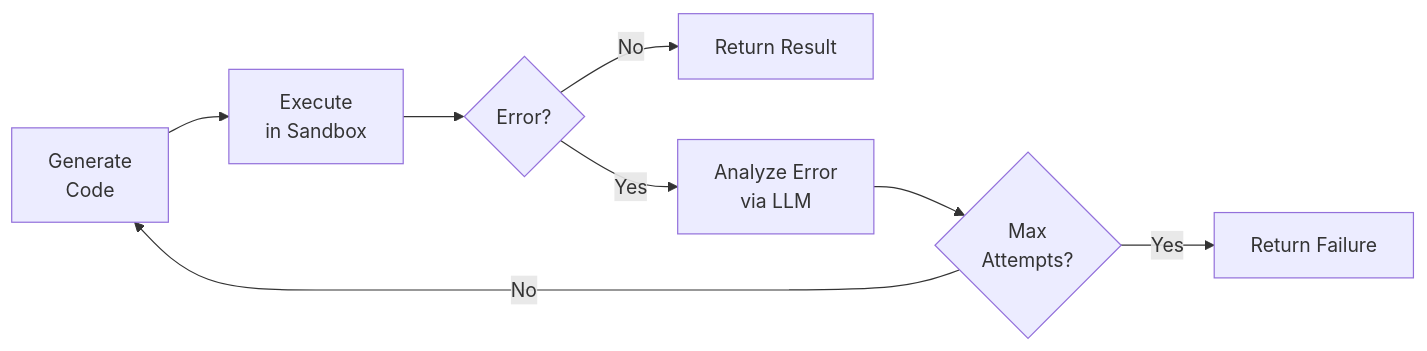
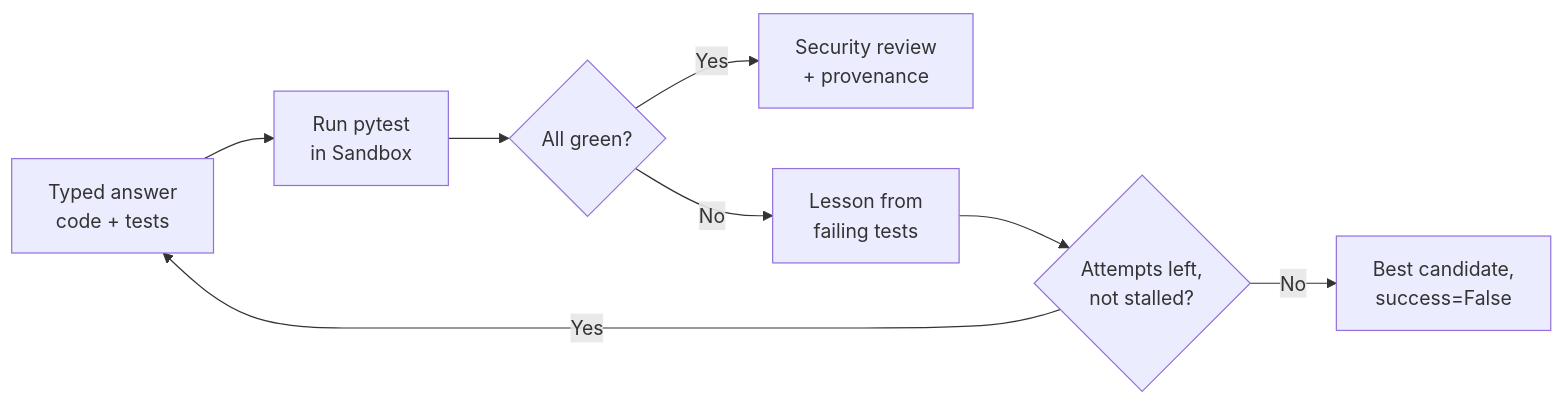
Before and after one commit to baselithcore/baselithcore: the second of 2 diagrams in mkdocs-site/docs/core-modules/agents.md, drawn with Mermaid. The commit also changed other lines of this file and 31 other files, not shown here.

First line of the commit message:
feat(coding_agent): verify every coding task by running its tests in the sandbox

````diff
--- a/mkdocs-site/docs/core-modules/agents.md
+++ b/mkdocs-site/docs/core-modules/agents.md
@@ -110,10 +120,10 @@
 ```mermaid
 graph LR
-    A[Generate<br/>Code] --> B[Execute<br/>in Sandbox]
-    B --> C{Error?}
-    C -- No --> D[Return Result]
-    C -- Yes --> E[Analyze Error<br/>via LLM]
-    E --> F{Max<br/>Attempts?}
-    F -- No --> A
-    F -- Yes --> G[Return Failure]
+    A[Typed answer<br/>code + tests] --> B[Run pytest<br/>in Sandbox]
+    B --> C{All green?}
+    C -- Yes --> D[Security review<br/>+ provenance]
+    C -- No --> E[Lesson from<br/>failing tests]
+    E --> F{Attempts left,<br/>not stalled?}
+    F -- Yes --> A
+    F -- No --> G[Best candidate,<br/>success=False]
 ```
````
